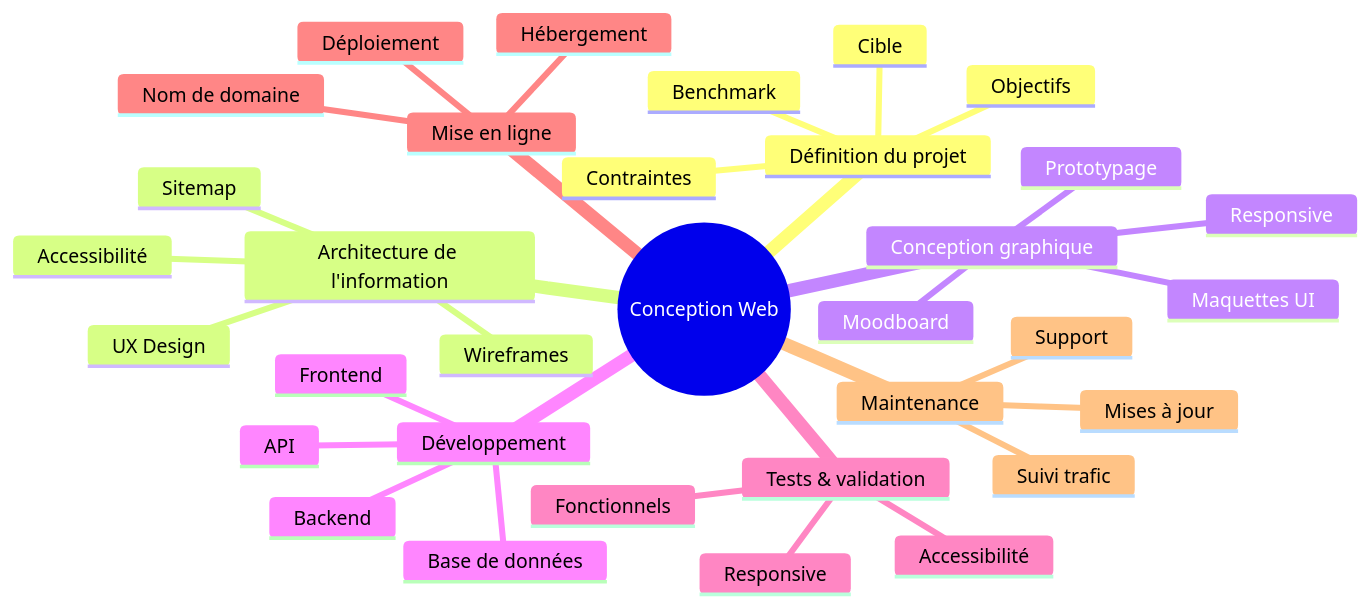
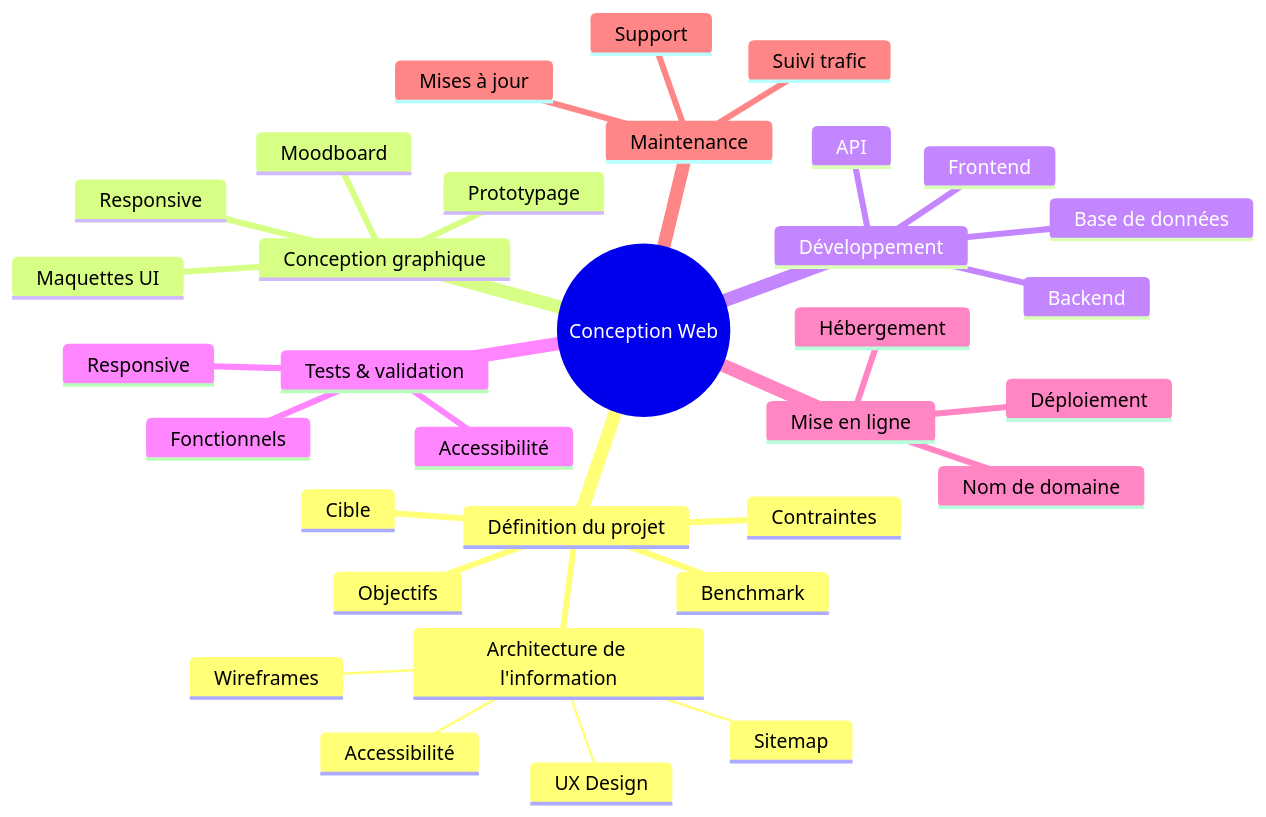
Before and after one commit to giusmili/News-Letter-LGC: the diagram in readme.md, drawn with Mermaid. The commit also changed other lines of this file, not shown here.

````diff
--- a/readme.md
+++ b/readme.md
@@ -4,36 +4,37 @@
 ```mermaid
 mindmap
   root((Conception Web))
     Définition du projet
       Objectifs
       Cible
       Contraintes
       Benchmark
-    Architecture de l'information
+     ::icon(fa fa-cog) 
+     Architecture de l'information
       Sitemap
       Wireframes
       UX Design
       Accessibilité
     Conception graphique
       Moodboard
       Maquettes UI
       Responsive
       Prototypage
     Développement
       Frontend
       Backend
       Base de données
       API
     Tests & validation
       Fonctionnels
       Responsive
       Accessibilité
     Mise en ligne
       Hébergement
       Nom de domaine
       Déploiement
     Maintenance
       Suivi trafic
       Mises à jour
       Support
 ```
````
